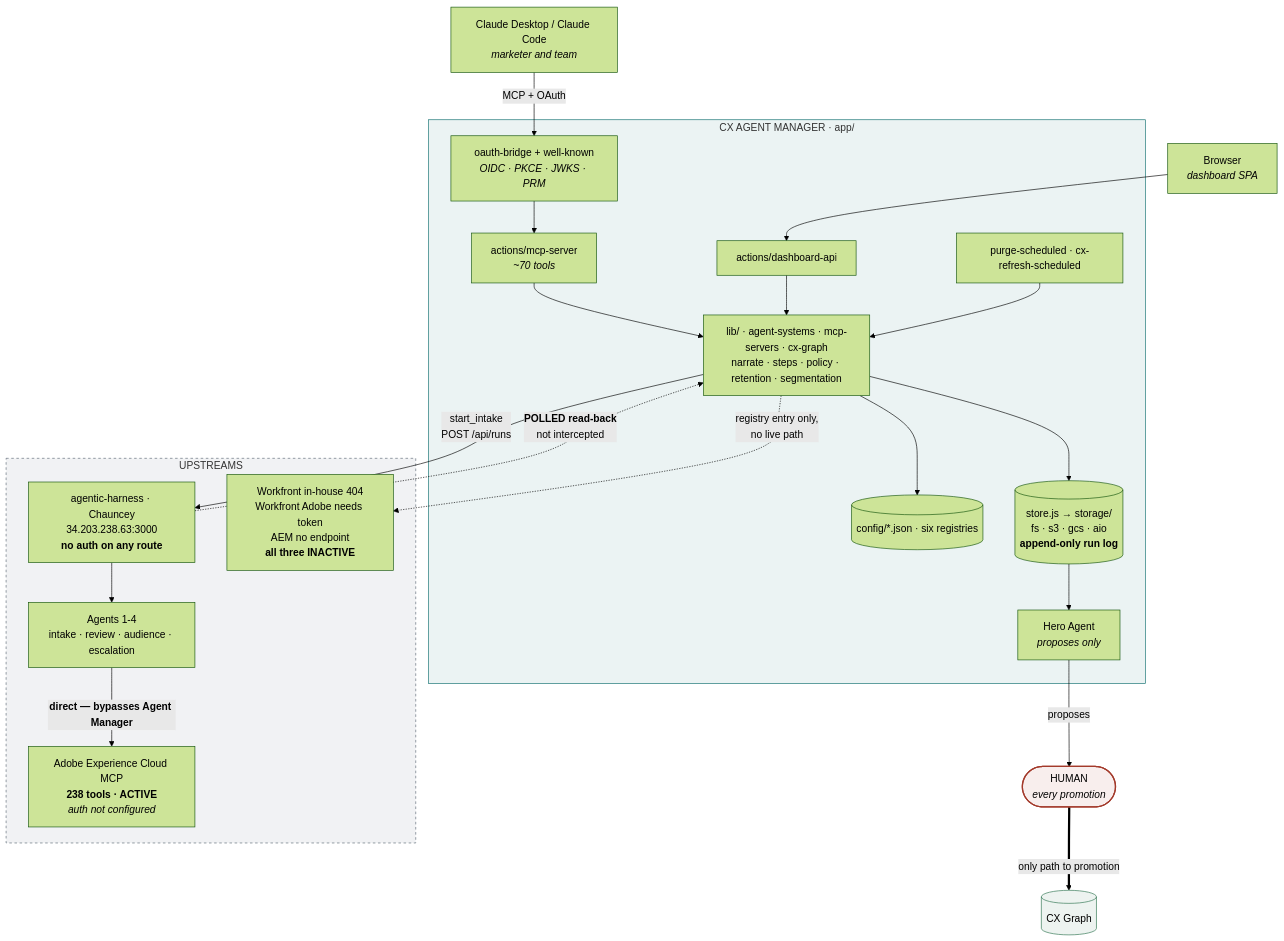
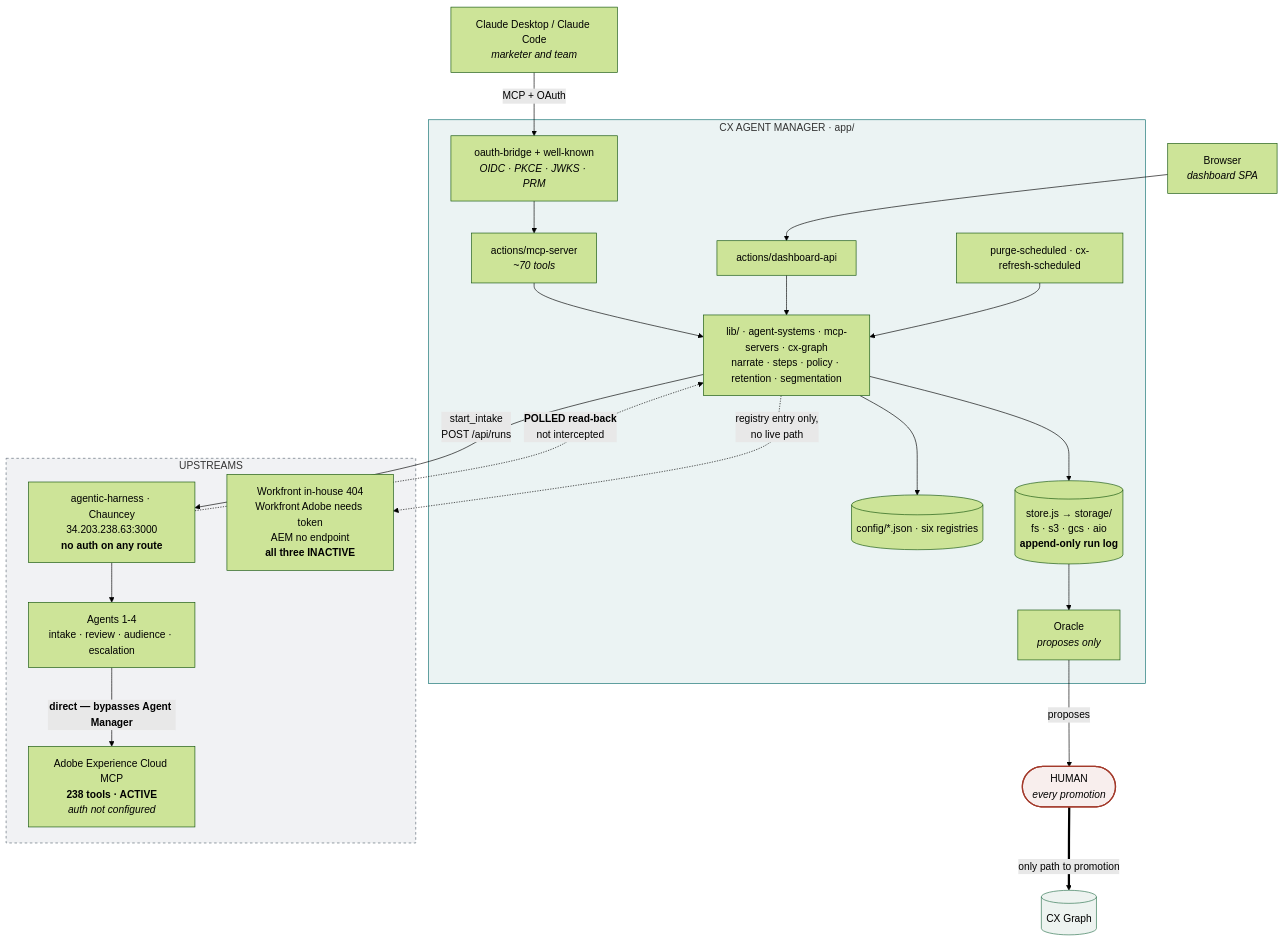
The diagram in services/agent-manager/docs/ARCHITECTURE.md (bharatdudeja-dotcom/intake_harness), drawn with Mermaid (forest theme) before and after one commit. The commit also changed other lines of this file and 79 other files, not shown here.

````diff
--- a/services/agent-manager/docs/ARCHITECTURE.md
+++ b/services/agent-manager/docs/ARCHITECTURE.md
@@ -23,43 +23,43 @@
 ```mermaid
 flowchart TB
     CD["Claude Desktop / Claude Code<br/><i>marketer and team</i>"]
     BR["Browser<br/><i>dashboard SPA</i>"]
 
     subgraph AM["CX AGENT MANAGER · app/"]
         OA["oauth-bridge + well-known<br/><i>OIDC · PKCE · JWKS · PRM</i>"]
         MCPS["actions/mcp-server<br/><i>~70 tools</i>"]
         API["actions/dashboard-api"]
         SCH["purge-scheduled · cx-refresh-scheduled"]
         LIB["lib/ · agent-systems · mcp-servers · cx-graph<br/>narrate · steps · policy · retention · segmentation"]
         CFG[("config/*.json · six registries")]
         ST[("store.js → storage/<br/>fs · s3 · gcs · aio<br/><b>append-only run log</b>")]
-        HERO["Hero Agent<br/><i>proposes only</i>"]
+        ORACLE["Oracle<br/><i>proposes only</i>"]
     end
 
     HU(["HUMAN<br/><i>every promotion</i>"])
     CX[("CX Graph")]
 
     subgraph UP["UPSTREAMS"]
         HAR["agentic-harness · Chauncey<br/>34.203.238.63:3000<br/><b>no auth on any route</b>"]
         AG["Agents 1-4<br/>intake · review · audience · escalation"]
         AEC["Adobe Experience Cloud MCP<br/><b>238 tools · ACTIVE</b><br/><i>auth not configured</i>"]
         WF["Workfront in-house 404<br/>Workfront Adobe needs token<br/>AEM no endpoint<br/><b>all three INACTIVE</b>"]
     end
 
     CD -->|"MCP + OAuth"| OA --> MCPS --> LIB
     BR --> API --> LIB
     SCH --> LIB
     LIB --> CFG
     LIB --> ST
     LIB -->|"start_intake<br/>POST /api/runs"| HAR
     HAR -.->|"<b>POLLED read-back</b><br/>not intercepted"| LIB
     HAR --> AG
     AG -->|"<b>direct — bypasses Agent Manager</b>"| AEC
     LIB -. "registry entry only,<br/>no live path" .-> WF
-    ST --> HERO -->|"proposes"| HU ==>|"only path to promotion"| CX
+    ST --> ORACLE -->|"proposes"| HU ==>|"only path to promotion"| CX
 
     style AM fill:#0E6E6E15,stroke:#0E6E6E
     style UP fill:#5C687515,stroke:#5C6875,stroke-dasharray: 4 4
     style HU fill:#A33A2B15,stroke:#A33A2B,stroke-width:2px
     style CX fill:#2C735015,stroke:#2C7350
 ```
````
